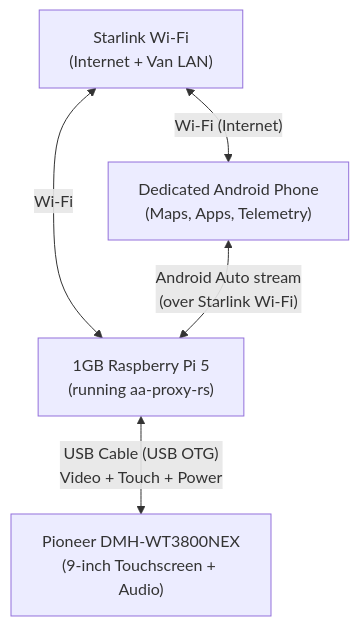
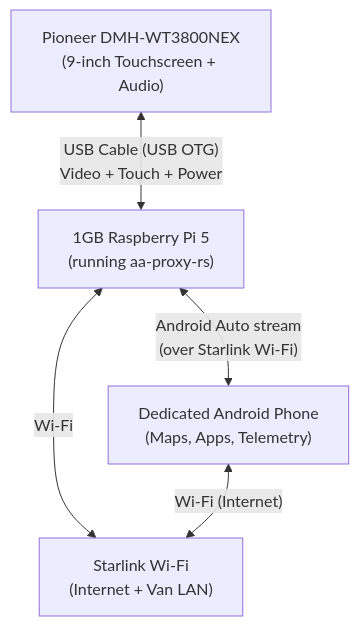
The diagram in notes/dev/proposed-headunit.md (ScottKirvan/GOMAC), drawn with Mermaid before and after one commit.

Commit message:
docs: invert mermaid diagram direction to bottom-to-top

````diff
--- a/notes/dev/proposed-headunit.md
+++ b/notes/dev/proposed-headunit.md
@@ -15,12 +15,12 @@
 ```mermaid
-flowchart TD
+flowchart BT
     Starlink["Starlink Wi-Fi<br/>(Internet + Van LAN)"]
     Phone["Dedicated Android Phone<br/>(Maps, Apps, Telemetry)"]
     Pi["1GB Raspberry Pi 5<br/>(running aa-proxy-rs)"]
     Pioneer["Pioneer DMH-WT3800NEX<br/>(9-inch Touchscreen + Audio)"]
 
     Starlink <-->|"Wi-Fi (Internet)"| Phone
     Starlink <-->|"Wi-Fi"| Pi
     Phone <-->|"Android Auto stream<br/>(over Starlink Wi-Fi)"| Pi
     Pi <-->|"USB Cable (USB OTG)<br/>Video + Touch + Power"| Pioneer
 ```
````
